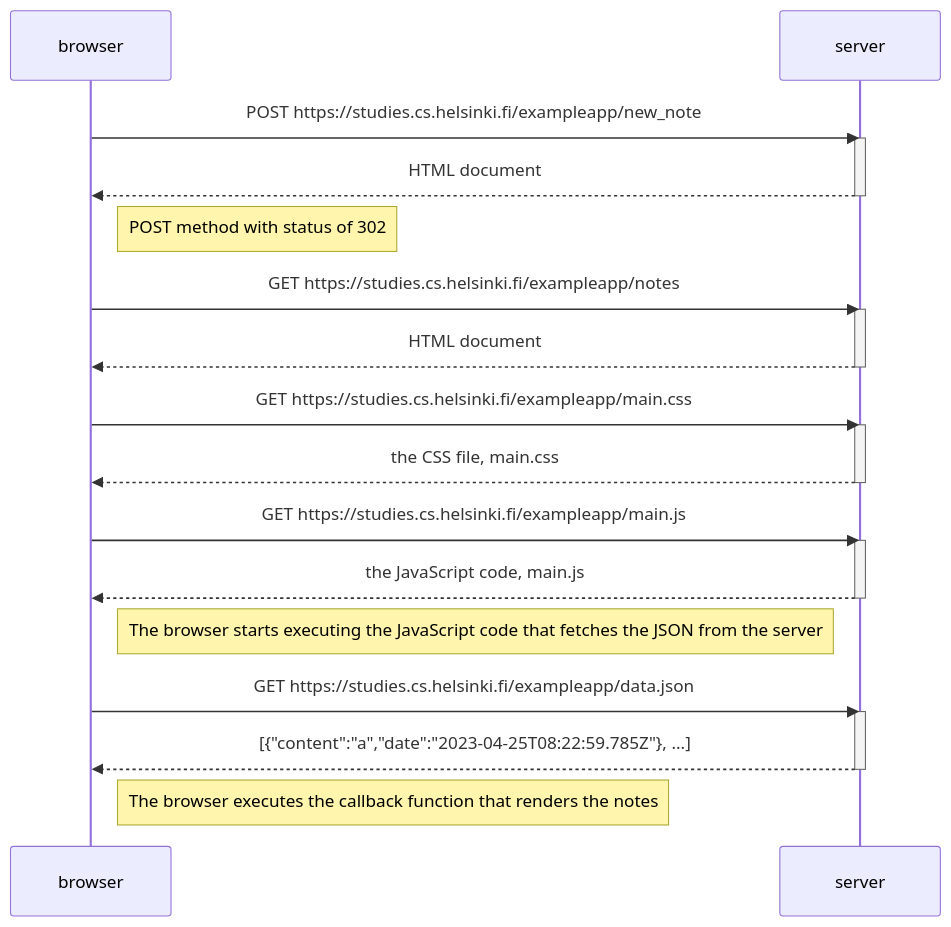
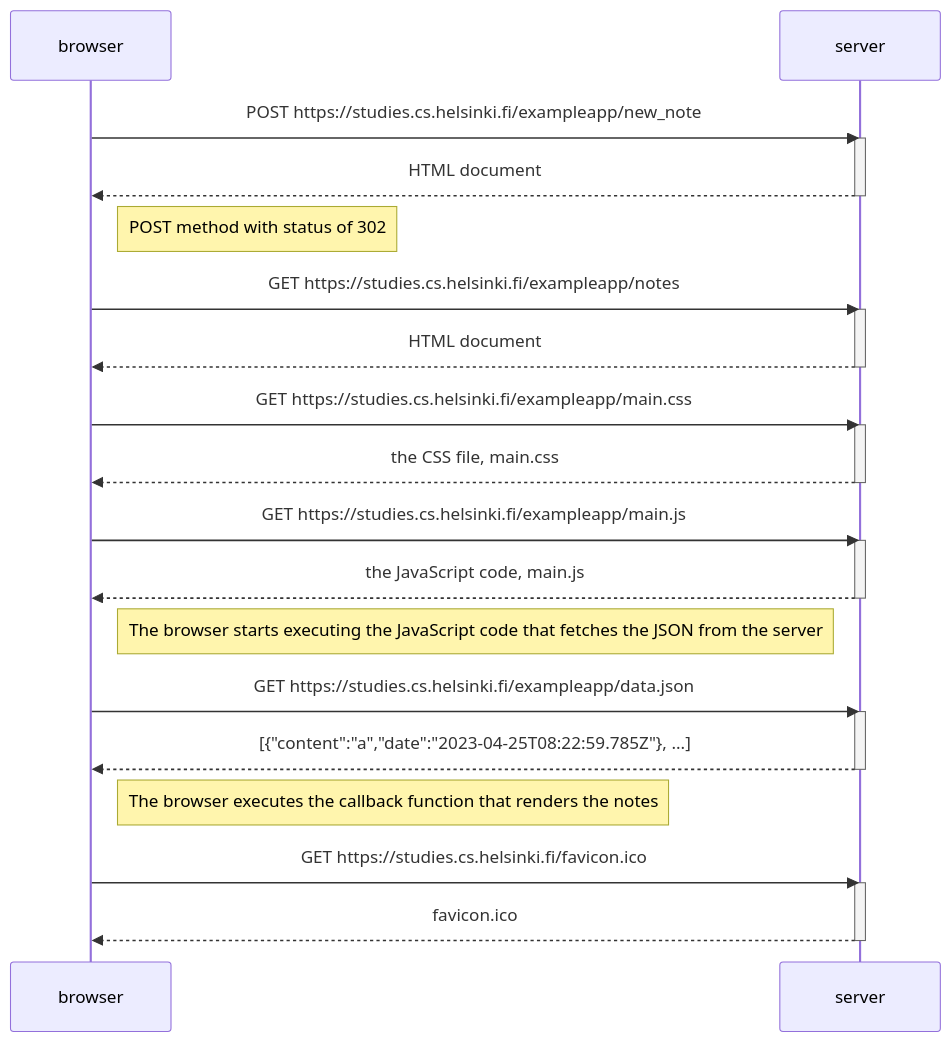
The diagram in part0/0.4_newNoteDiagram/newNoteDiagram.md (ZennithYattare/fullStackOpenCourse), drawn with Mermaid before and after one commit.

Commit message:
added favicon, finished

````diff
--- a/part0/0.4_newNoteDiagram/newNoteDiagram.md
+++ b/part0/0.4_newNoteDiagram/newNoteDiagram.md
@@ -3,36 +3,41 @@
 ```mermaid
 sequenceDiagram
     participant browser
     participant server
 
     browser->>server: POST https://studies.cs.helsinki.fi/exampleapp/new_note
     activate server
     server-->>browser: HTML document
     deactivate server
 
     Note right of browser: POST method with status of 302
 
     browser->>server: GET https://studies.cs.helsinki.fi/exampleapp/notes
     activate server
     server-->>browser: HTML document
     deactivate server
 
     browser->>server: GET https://studies.cs.helsinki.fi/exampleapp/main.css
     activate server
     server-->>browser: the CSS file, main.css
     deactivate server
 
     browser->>server: GET https://studies.cs.helsinki.fi/exampleapp/main.js
     activate server
     server-->>browser: the JavaScript code, main.js
     deactivate server
 
     Note right of browser: The browser starts executing the JavaScript code that fetches the JSON from the server
 
     browser->>server: GET https://studies.cs.helsinki.fi/exampleapp/data.json
-        activate server
-        server-->>browser: [{"content":"a","date":"2023-04-25T08:22:59.785Z"}, ...]
-        deactivate server
+    activate server
+    server-->>browser: [{"content":"a","date":"2023-04-25T08:22:59.785Z"}, ...]
+    deactivate server
 
     Note right of browser: The browser executes the callback function that renders the notes
+
+    browser->>server: GET https://studies.cs.helsinki.fi/favicon.ico
+    activate server
+    server-->>browser: favicon.ico
+    deactivate server
 ```
````
